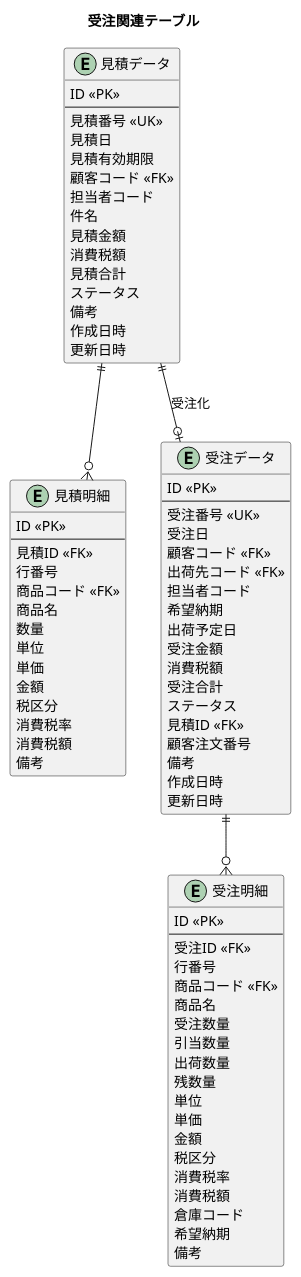
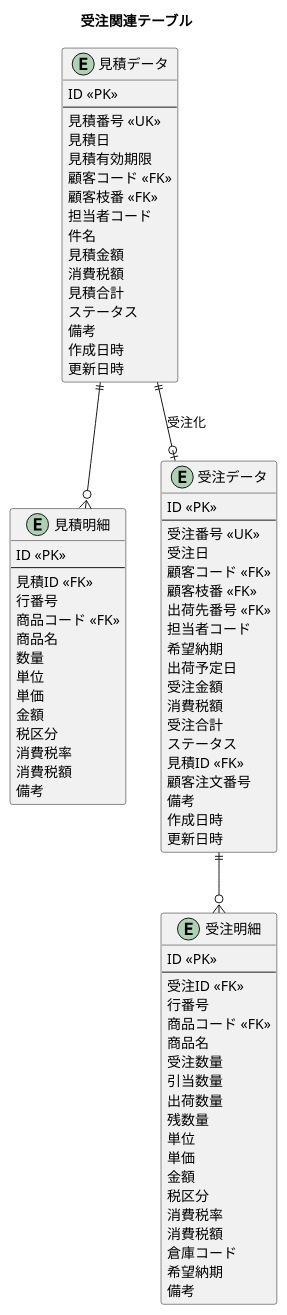
The third of 12 diagrams in docs/article/part2/chapter06.md (k2works/practical-database-design), drawn with PlantUML before and after one commit. The commit also changed other lines of this file, not shown here.

```diff
--- a/docs/article/part2/chapter06.md
+++ b/docs/article/part2/chapter06.md
@@ -133,6 +133,7 @@
   見積日
   見積有効期限
   顧客コード <<FK>>
+  顧客枝番 <<FK>>
   担当者コード
   件名
   見積金額
@@ -167,7 +168,8 @@
   受注番号 <<UK>>
   受注日
   顧客コード <<FK>>
-  出荷先コード <<FK>>
+  顧客枝番 <<FK>>
+  出荷先番号 <<FK>>
   担当者コード
   希望納期
   出荷予定日
```
